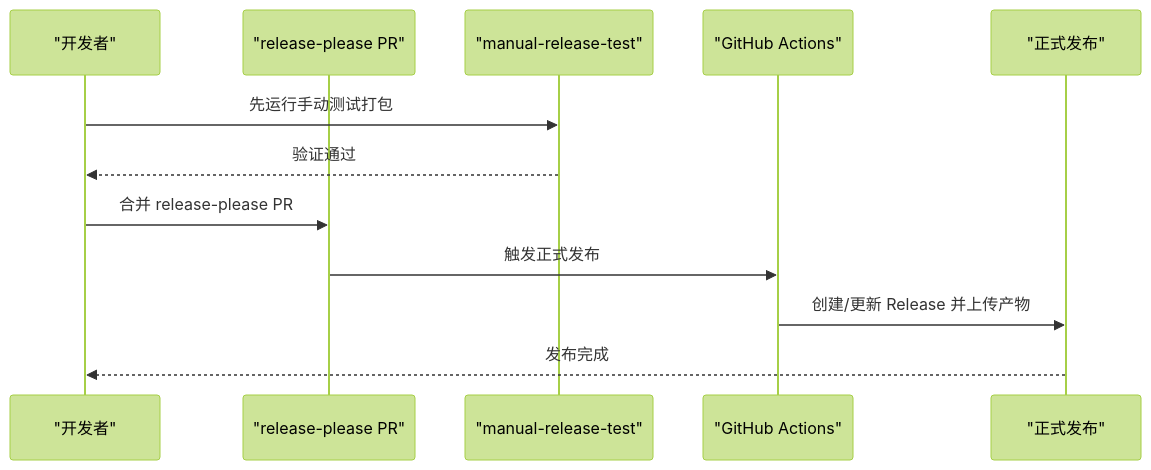
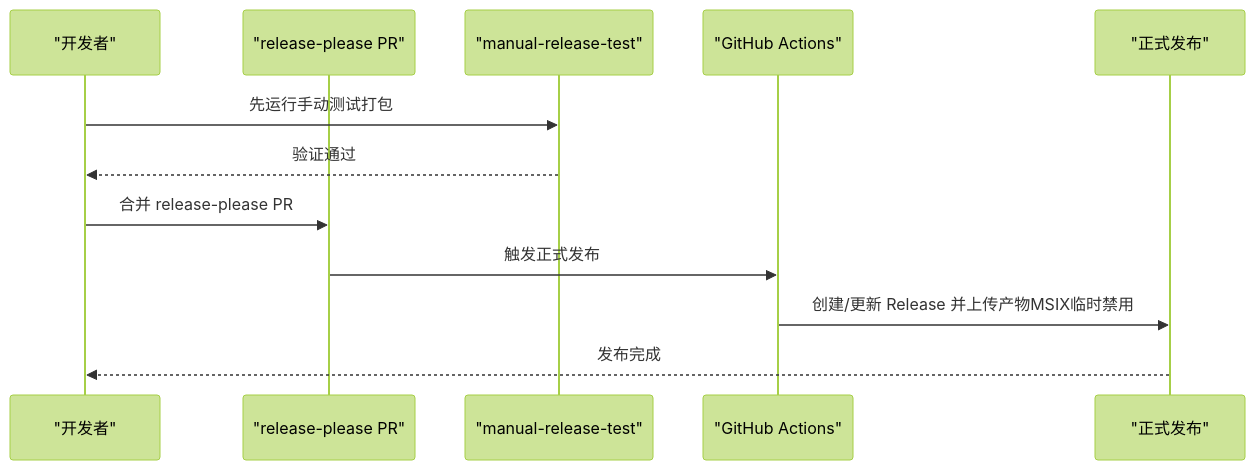
Before and after one commit to terwer/autojs6-dev-tools: the fourth of 7 diagrams in .qoder/repowiki/zh/content/贡献指南/代码贡献规范/开发流程与代码审查/持续集成与部署.md, drawn with Mermaid (forest theme). The commit also changed other lines of this file and 3 other files, not shown here.

````diff
--- a/.qoder/repowiki/zh/content/贡献指南/代码贡献规范/开发流程与代码审查/持续集成与部署.md
+++ b/.qoder/repowiki/zh/content/贡献指南/代码贡献规范/开发流程与代码审查/持续集成与部署.md
@@ -200,14 +206,14 @@
 ```mermaid
 sequenceDiagram
 participant Dev as "开发者"
 participant PR as "release-please PR"
 participant Manual as "manual-release-test"
 participant GH as "GitHub Actions"
 participant Rel as "正式发布"
 Dev->>Manual : 先运行手动测试打包
 Manual-->>Dev : 验证通过
 Dev->>PR : 合并 release-please PR
 PR->>GH : 触发正式发布
-GH->>Rel : 创建/更新 Release 并上传产物
+GH->>Rel : 创建/更新 Release 并上传产物MSIX临时禁用
 Rel-->>Dev : 发布完成
 ```
````
